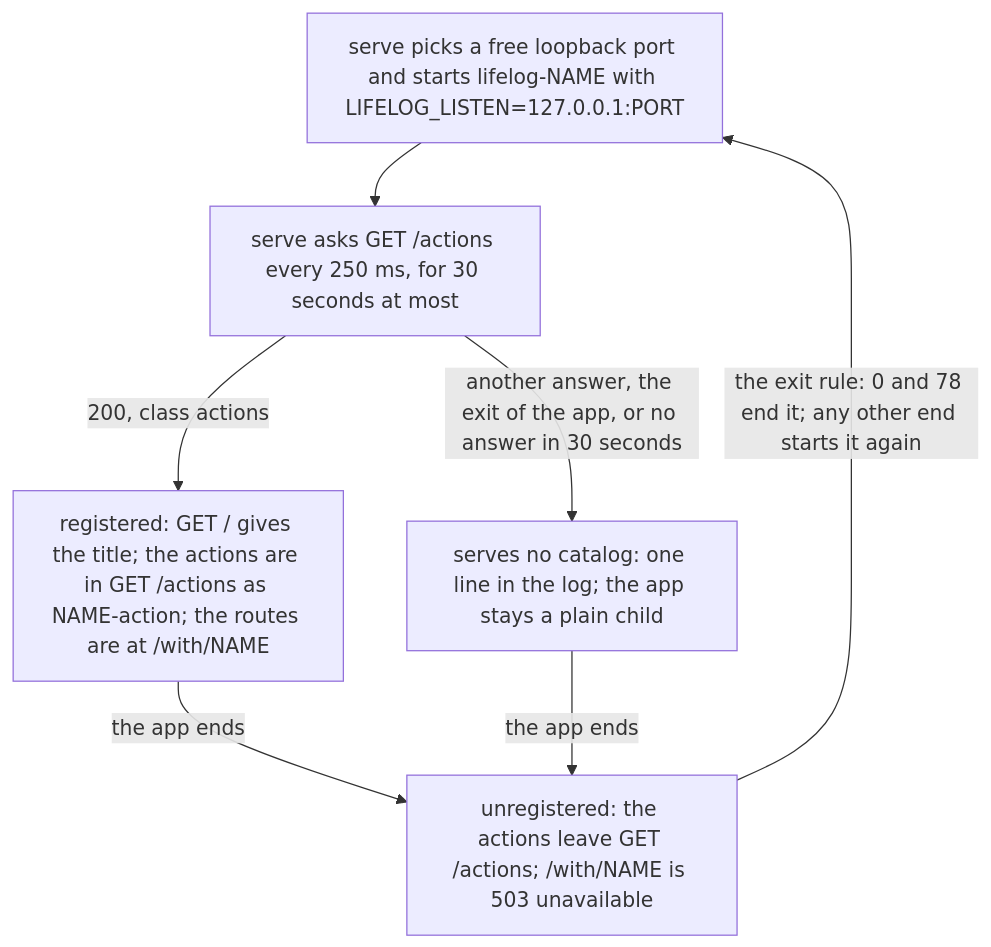
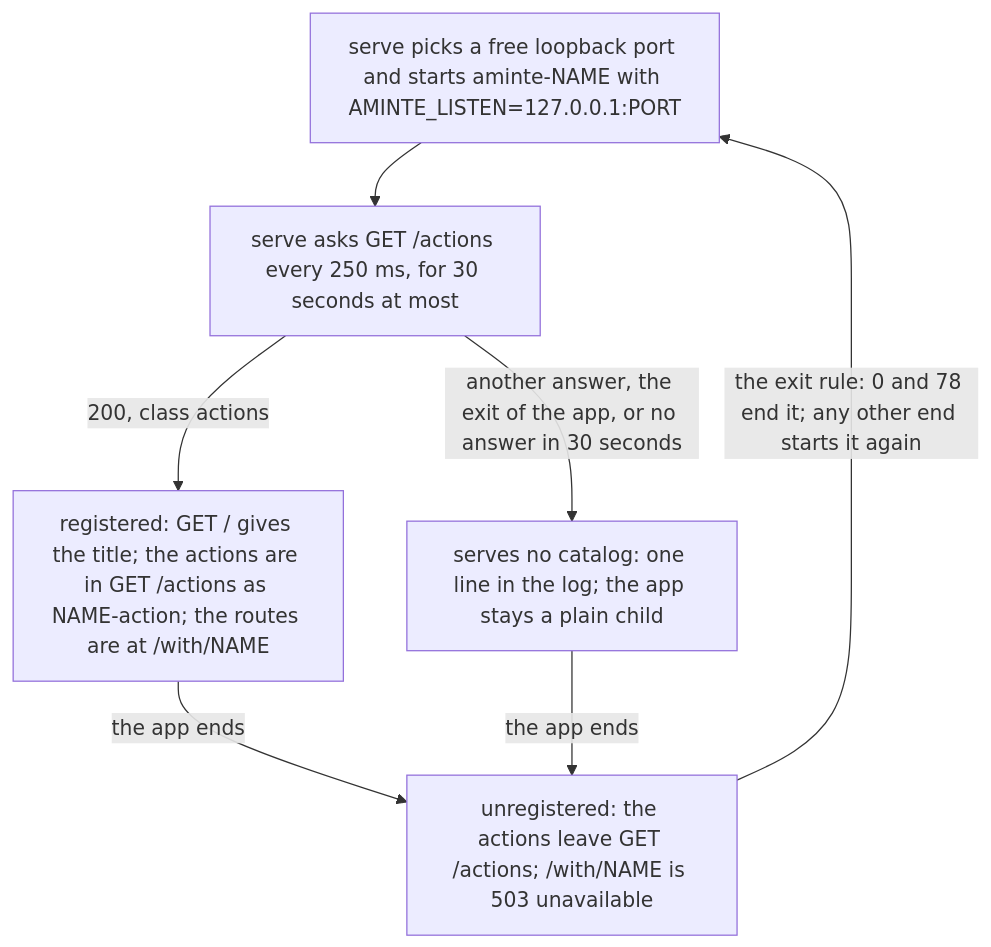
Before and after one commit to alexradunet/aminte: the fourth of 6 diagrams in extensions/README.md, drawn with Mermaid. The commit also changed other lines of this file and 554 other files, not shown here.

First line of the commit message:
rename the project from lifelog to aminte

````diff
--- a/extensions/README.md
+++ b/extensions/README.md
@@ -132,9 +132,9 @@
 ```mermaid
 flowchart TD
-  S["serve picks a free loopback port and starts lifelog-NAME with LIFELOG_LISTEN=127.0.0.1:PORT"] --> P["serve asks GET /actions every 250 ms, for 30 seconds at most"]
+  S["serve picks a free loopback port and starts aminte-NAME with AMINTE_LISTEN=127.0.0.1:PORT"] --> P["serve asks GET /actions every 250 ms, for 30 seconds at most"]
   P -->|"200, class actions"| R["registered: GET / gives the title; the actions are in GET /actions as NAME-action; the routes are at /with/NAME"]
   P -->|"another answer, the exit of the app, or no answer in 30 seconds"| N["serves no catalog: one line in the log; the app stays a plain child"]
   R -->|"the app ends"| U["unregistered: the actions leave GET /actions; /with/NAME is 503 unavailable"]
   N -->|"the app ends"| U
   U -->|"the exit rule: 0 and 78 end it; any other end starts it again"| S
 ```
````
